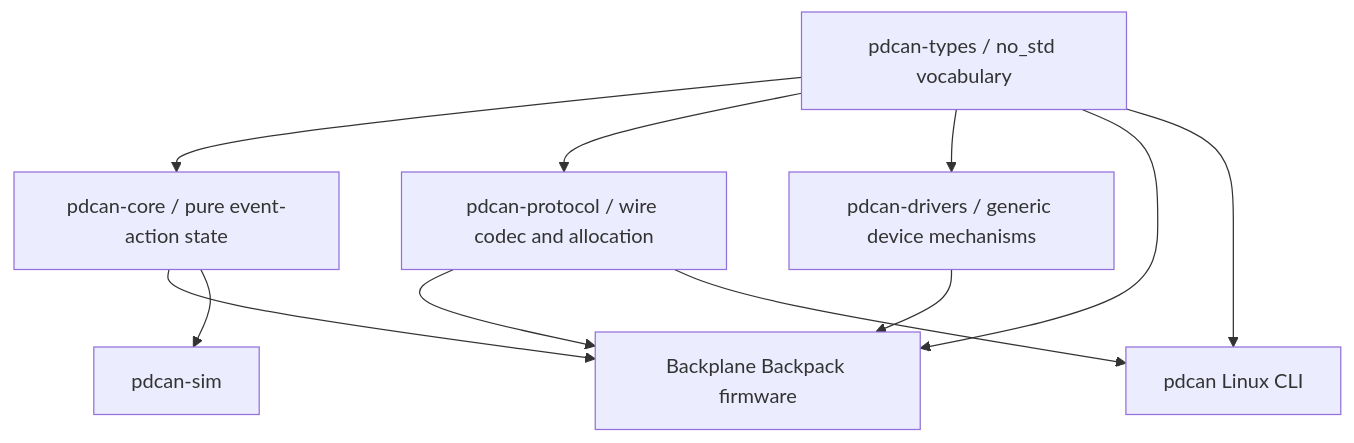
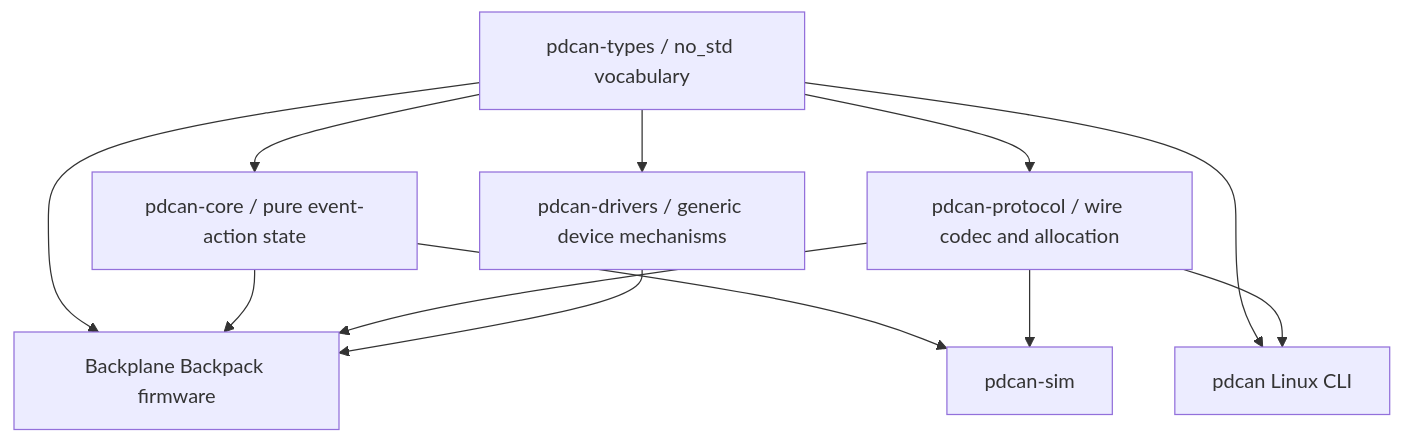
One commit to kquinsland/modular-rack-mount-power-system changed the diagram in docs/pdcan/firmware-architecture.md. Above: the diagram before and after it, drawn with Mermaid. The commit also changed other lines of this file and 30 other files, not shown here.

````diff
--- a/docs/pdcan/firmware-architecture.md
+++ b/docs/pdcan/firmware-architecture.md
@@ -5,21 +5,22 @@
 ```mermaid
 flowchart TD
     types[pdcan-types / no_std vocabulary]
     core[pdcan-core / pure event-action state]
     protocol[pdcan-protocol / wire codec and allocation]
     drivers[pdcan-drivers / generic device mechanisms]
     firmware[Backplane Backpack firmware]
     cli[pdcan Linux CLI]
     simulator[pdcan-sim]
 
     types --> core
     types --> protocol
     types --> drivers
     types --> firmware
     core --> firmware
     protocol --> firmware
     drivers --> firmware
     types --> cli
     protocol --> cli
     core --> simulator
+    protocol --> simulator
 ```
````
